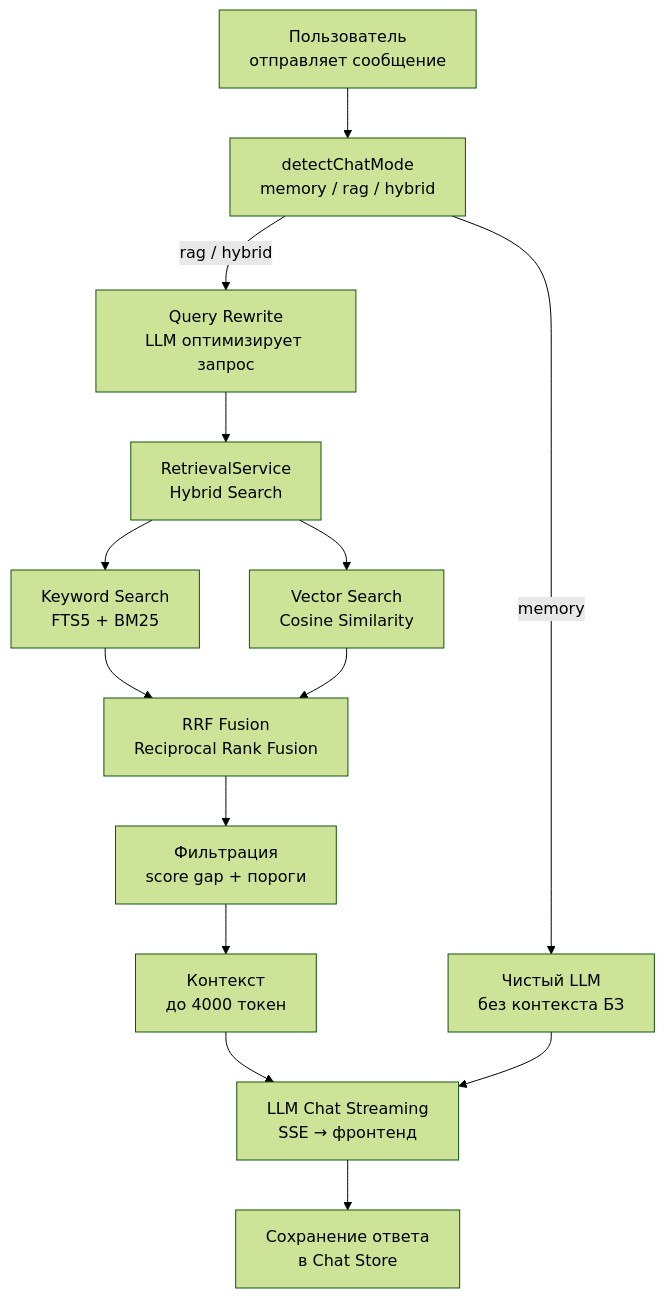
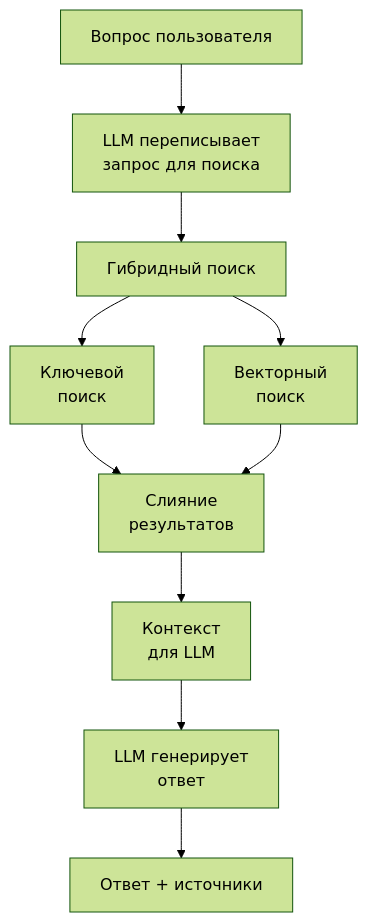
The fifth of 13 diagrams in docs/presentations/knowledge-db-overview.md (strider2038/knowledge-db), drawn with Mermaid (forest theme) before and after one commit. The commit also changed other lines of this file, not shown here.

Commit message:
docs: simplify diagrams to focus on conceptual decisions

````diff
--- a/docs/presentations/knowledge-db-overview.md
+++ b/docs/presentations/knowledge-db-overview.md
@@ -279,19 +139,11 @@
 ```mermaid
 flowchart TD
-    USER[Пользователь<br/>отправляет сообщение] --> DETECT[detectChatMode<br/>memory / rag / hybrid]
-    
-    DETECT --> |memory| PURE[Чистый LLM<br/>без контекста БЗ]
-    DETECT --> |rag / hybrid| REWRITE[Query Rewrite<br/>LLM оптимизирует запрос]
-    
-    REWRITE --> RETRIEVE[RetrievalService<br/>Hybrid Search]
-    RETRIEVE --> KW[Keyword Search<br/>FTS5 + BM25]
-    RETRIEVE --> VEC[Vector Search<br/>Cosine Similarity]
-    KW --> RRF[RRF Fusion<br/>Reciprocal Rank Fusion]
-    VEC --> RRF
-    RRF --> FILTER[Фильтрация<br/>score gap + пороги]
-    FILTER --> CTX[Контекст<br/>до 4000 токен]
-    
-    CTX --> STREAM[LLM Chat Streaming<br/>SSE → фронтенд]
-    PURE --> STREAM
-    STREAM --> SAVE[Сохранение ответа<br/>в Chat Store]
+    Q[Вопрос пользователя] --> RW[LLM переписывает<br/>запрос для поиска]
+    RW --> SEARCH[Гибридный поиск]
+    SEARCH --> KW[Ключевой<br/>поиск]
+    SEARCH --> VEC[Векторный<br/>поиск]
+    KW & VEC --> FUSE[Слияние<br/>результатов]
+    FUSE --> CTX[Контекст<br/>для LLM]
+    CTX --> LLM[LLM генерирует<br/>ответ]
+    LLM --> A[Ответ + источники]
 ```
````
